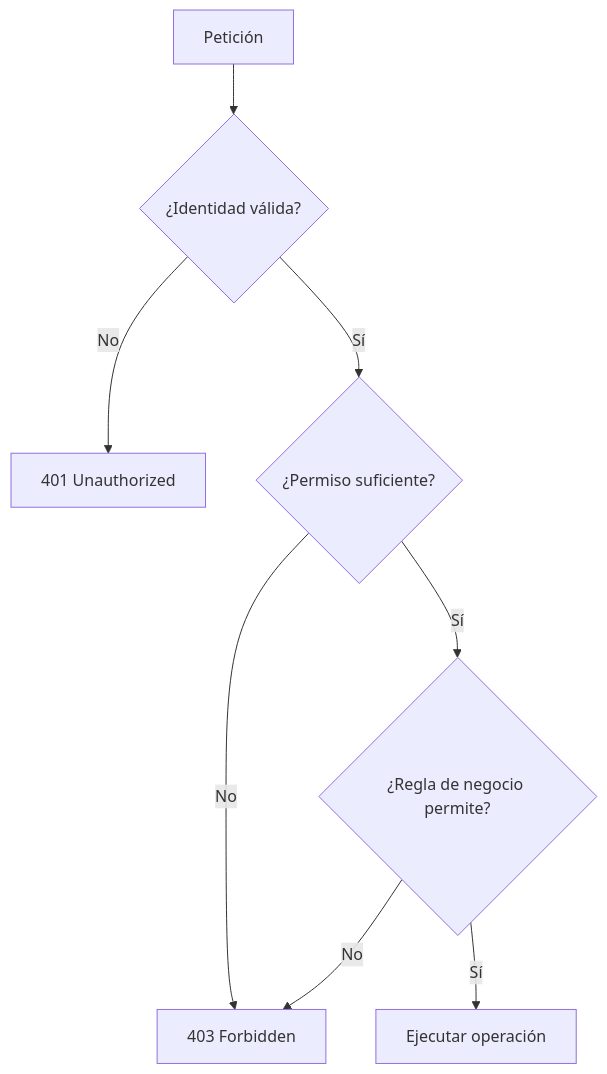
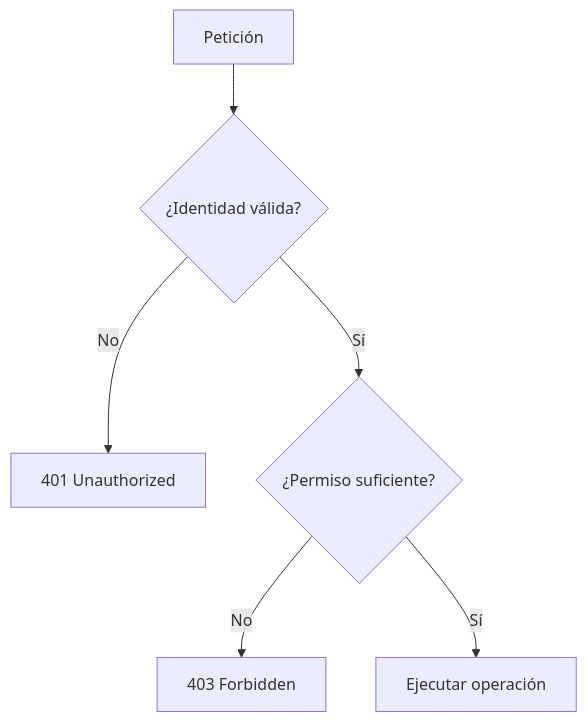
One commit to cmartinezs/DSY1107-DESARROLLO-CLOUD-NATIVE-I-2026-2 changed the first of 8 diagrams in semanas/semana-02/01-oauth2-oidc.md. Above: the diagram before and after it, drawn with Mermaid. The commit also changed other lines of this file, not shown here.

Commit message:
docs: fix OAuth/OIDC pedagogy and GitHub-safe Mermaid

````diff
--- a/semanas/semana-02/01-oauth2-oidc.md
+++ b/semanas/semana-02/01-oauth2-oidc.md
@@ -130,10 +27,8 @@
 ```mermaid
 flowchart TD
-    A[Petición] --> B{¿Identidad válida?}
-    B -- No --> C[401 Unauthorized]
-    B -- Sí --> D{¿Permiso suficiente?}
-    D -- No --> E[403 Forbidden]
-    D -- Sí --> F{¿Regla de negocio permite?}
-    F -- No --> E
-    F -- Sí --> G[Ejecutar operación]
+    A["Petición"] --> B{"¿Identidad válida?"}
+    B -->|"No"| C["401 Unauthorized"]
+    B -->|"Sí"| D{"¿Permiso suficiente?"}
+    D -->|"No"| E["403 Forbidden"]
+    D -->|"Sí"| F["Ejecutar operación"]
 ```
````
